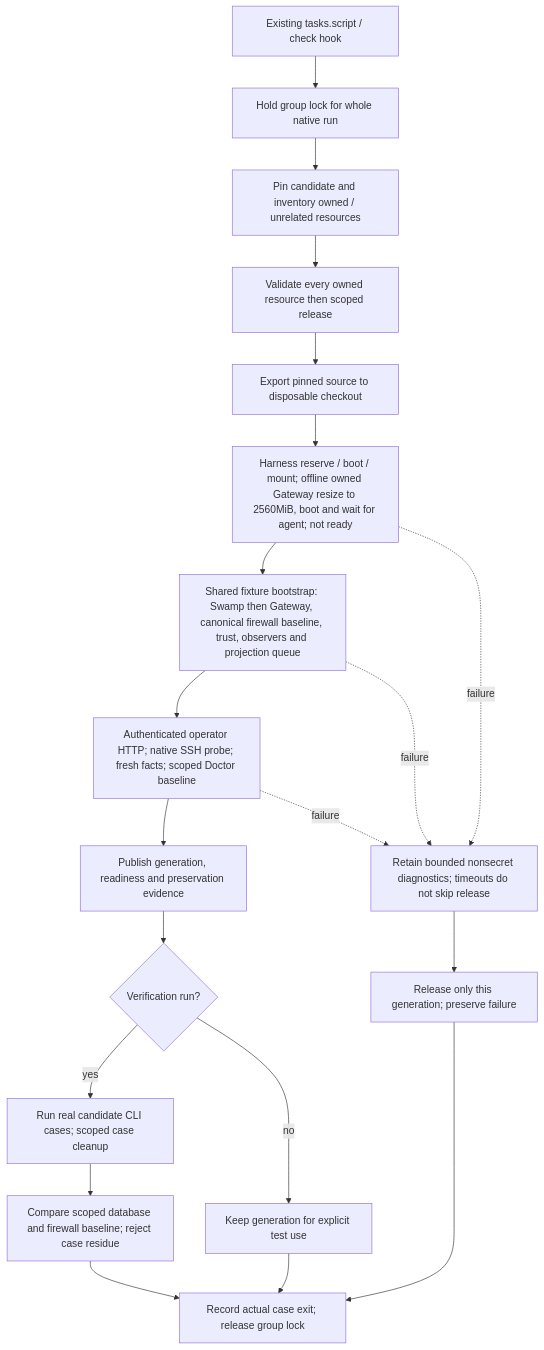
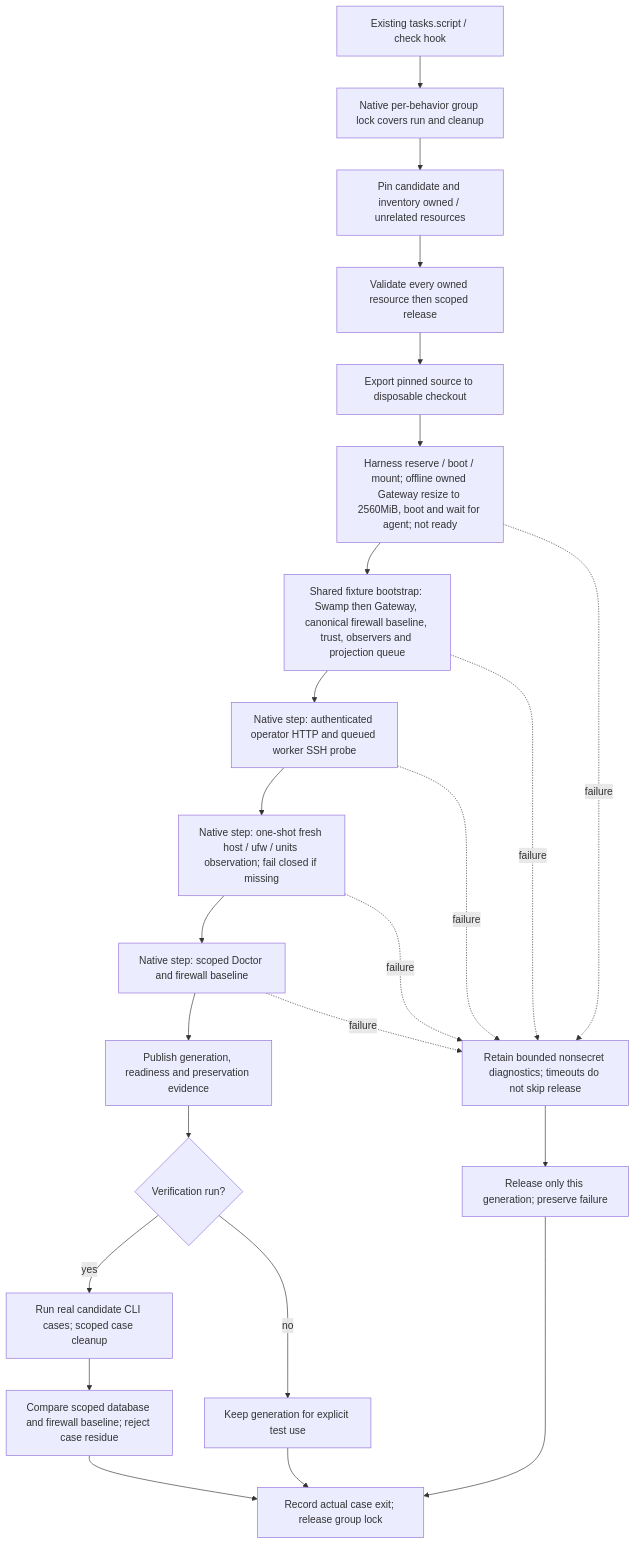
The diagram in swamp/proof/reset/reset.mmd (hardimpactdev/orbit), drawn with Mermaid before and after one commit. The commit also changed 6 other files, not shown here.

```diff
--- a/swamp/proof/reset/reset.mmd
+++ b/swamp/proof/reset/reset.mmd
@@ -1,20 +1,24 @@
 flowchart TD
-  hook[Existing tasks.script / check hook] --> lock[Hold group lock for whole native run]
+  hook[Existing tasks.script / check hook] --> lock[Native per-behavior group lock covers run and cleanup]
   lock --> inventory[Pin candidate and inventory owned / unrelated resources]
   inventory --> release[Validate every owned resource then scoped release]
   release --> snapshot[Export pinned source to disposable checkout]
   snapshot --> prepare[Harness reserve / boot / mount; offline owned Gateway resize to 2560MiB, boot and wait for agent; not ready]
   prepare --> fixture[Shared fixture bootstrap: Swamp then Gateway, canonical firewall baseline, trust, observers and projection queue]
-  fixture --> readiness[Authenticated operator HTTP; native SSH probe; fresh facts; scoped Doctor baseline]
+  fixture --> transport[Native step: authenticated operator HTTP and queued worker SSH probe]
+  transport --> facts[Native step: one-shot fresh host / ufw / units observation; fail closed if missing]
+  facts --> readiness[Native step: scoped Doctor and firewall baseline]
   readiness --> result[Publish generation, readiness and preservation evidence]
   result --> cases{Verification run?}
   cases -->|yes| commands[Run real candidate CLI cases; scoped case cleanup]
   cases -->|no| held[Keep generation for explicit test use]
   commands --> baseline[Compare scoped database and firewall baseline; reject case residue]
   baseline --> receipt[Record actual case exit; release group lock]
   held --> receipt
   prepare -. failure .-> diagnose[Retain bounded nonsecret diagnostics; timeouts do not skip release]
   fixture -. failure .-> diagnose
+  transport -. failure .-> diagnose
+  facts -. failure .-> diagnose
   readiness -. failure .-> diagnose
   diagnose --> ownedCleanup[Release only this generation; preserve failure]
   ownedCleanup --> receipt
```
